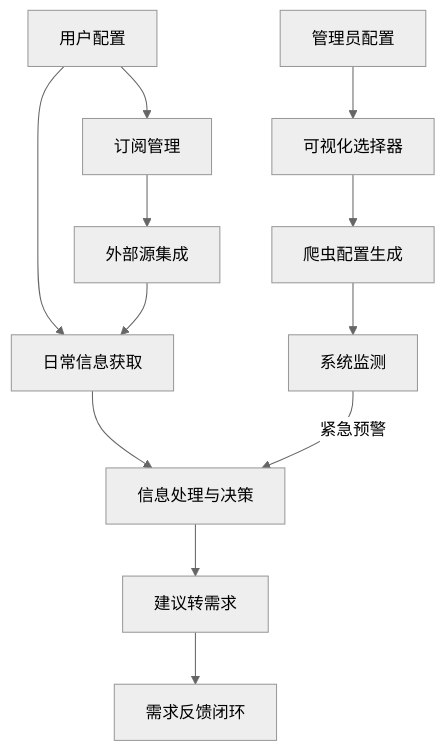
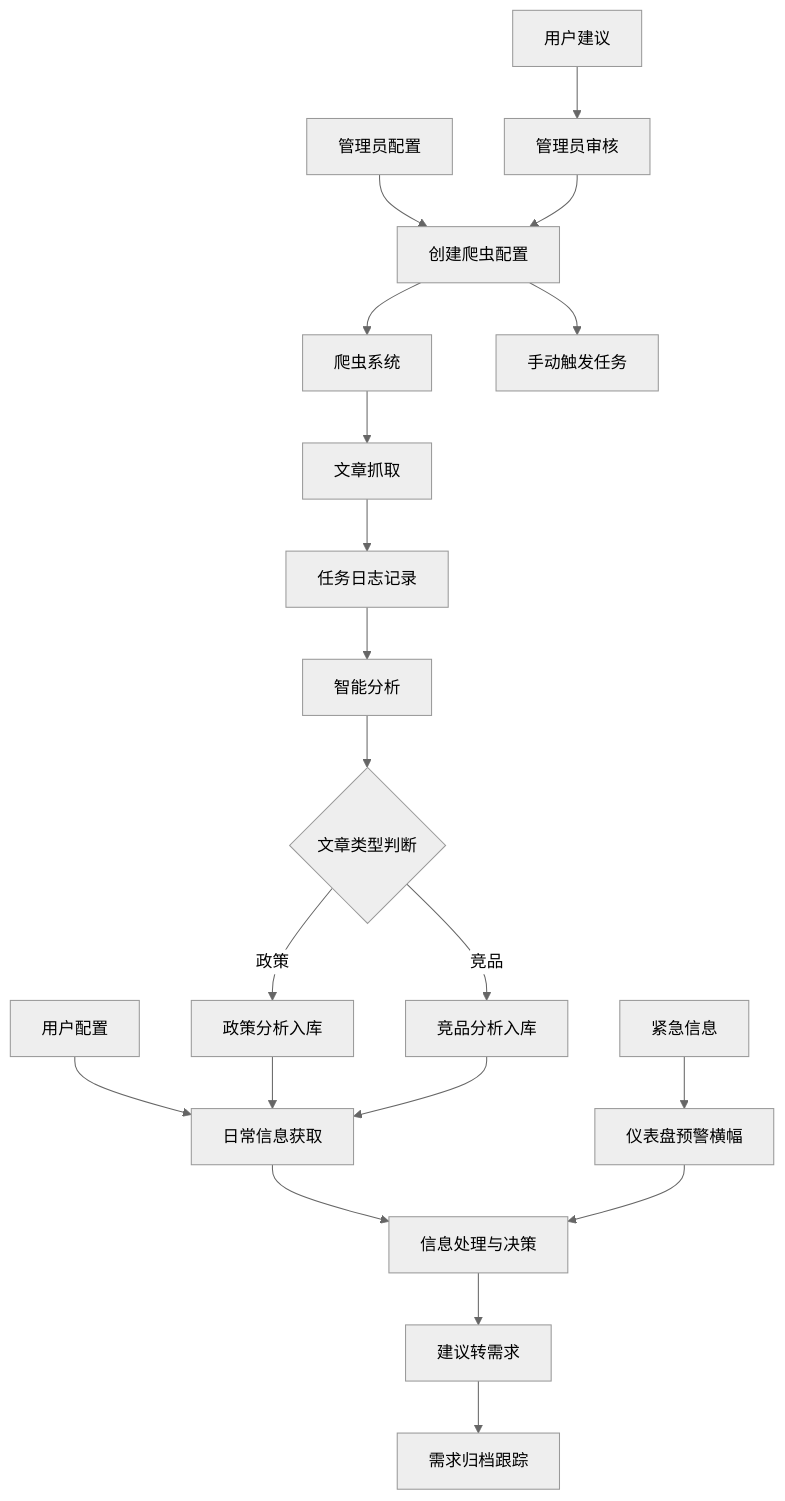
One commit to captainni/EagleEye2 changed the diagram in docs/业务需求分析书.md. Above: the diagram before and after it, drawn with Mermaid (neutral theme). The commit also changed other lines of this file and 32 other files, not shown here.

````diff
--- a/docs/业务需求分析书.md
+++ b/docs/业务需求分析书.md
@@ -150,16 +220,26 @@
 ```mermaid
 graph TD
     A[用户配置] --> B[日常信息获取]
     B --> C[信息处理与决策]
     C --> D[建议转需求]
-    D --> E[需求反馈闭环]
-    F[系统监测] --紧急预警--> C
-    
-    A --> G[订阅管理]
-    G --> H[外部源集成]
-    H --> B
-    
-    I[管理员配置] --> J[可视化选择器]
-    J --> K[爬虫配置生成]
-    K --> F
+    D --> E[需求归档跟踪]
+
+    F[爬虫系统] --> G[文章抓取]
+    G --> H[任务日志记录]
+    H --> I[智能分析]
+    I --> J{文章类型判断}
+    J -->|政策| K[政策分析入库]
+    J -->|竞品| L[竞品分析入库]
+    K --> B
+    L --> B
+
+    M[管理员配置] --> N[创建爬虫配置]
+    N --> F
+    N --> O[手动触发任务]
+
+    P[用户建议] --> Q[管理员审核]
+    Q --> N
+
+    R[紧急信息] --> S[仪表盘预警横幅]
+    S --> C
 ```
````
